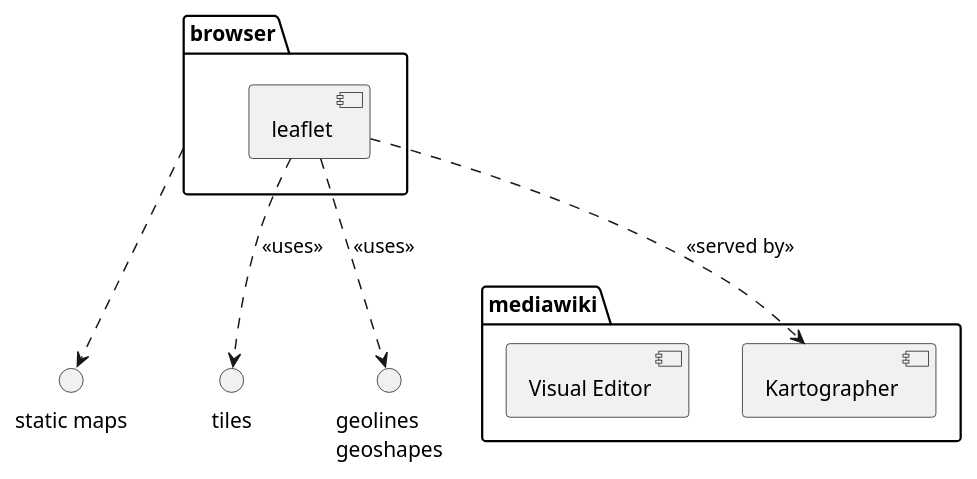
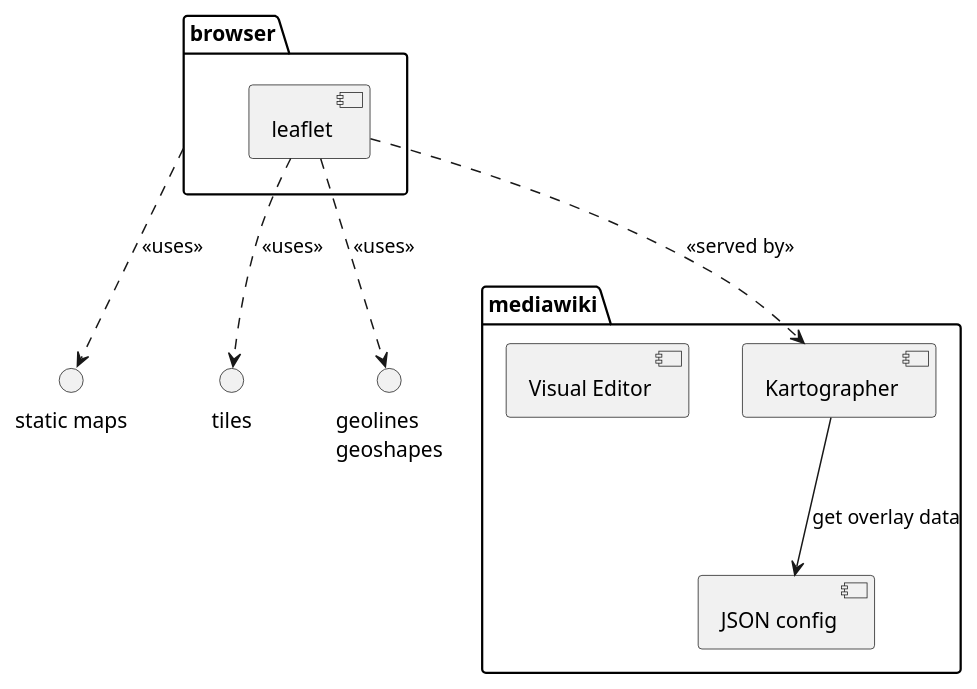
One commit to gehel/notes changed the diagram in plantuml/maps/maps-front-components.puml. Above: the diagram before and after it, drawn with PlantUML.

```diff
--- a/plantuml/maps/maps-front-components.puml
+++ b/plantuml/maps/maps-front-components.puml
@@ -1,25 +1,28 @@
 @startuml
 
 () tiles
 () "geolines\ngeoshapes" as geoshapes
 () "static maps" as staticmaps
 
 
 package mediawiki {
 
   [Kartographer]
   [Visual Editor]
+  [JSON config] as JSON
+
+  Kartographer --> JSON: get overlay data
 
 }
 
 package browser {
 
   [leaflet] ..> tiles: <<uses>>
   [leaflet] ..> geoshapes: <<uses>>
   [leaflet] ..> Kartographer: <<served by>>
 
 }
 
-browser ..> staticmaps
+browser ..> staticmaps: <<uses>>
 
 @enduml
```
